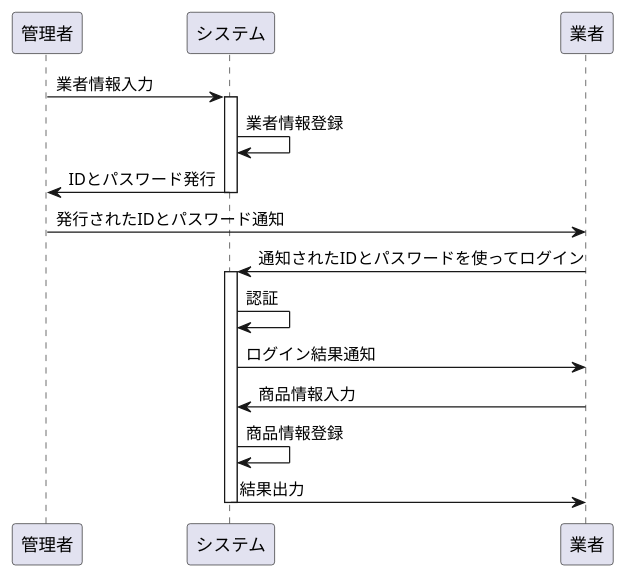
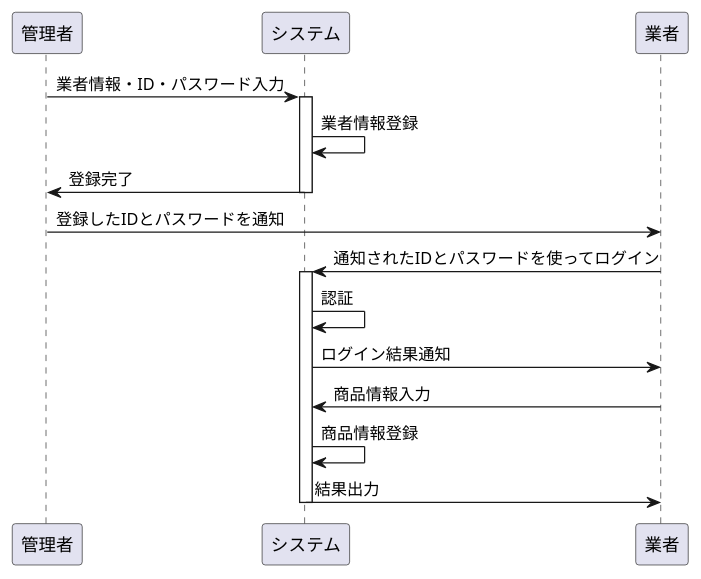
Before and after one commit to YanaPIIDXer/PurchaseOrderSystem: the diagram in docs/Diagrams/Sequences/RegisterTraders.puml, drawn with PlantUML. The commit also changed 1 other file, not shown here.

```diff
--- a/docs/Diagrams/Sequences/RegisterTraders.puml
+++ b/docs/Diagrams/Sequences/RegisterTraders.puml
@@ -1,22 +1,22 @@
 @startuml RegisterTraders
 participant "管理者" as Admin
 participant "システム" as System
 participant "業者" as Trader
 
-Admin -> System: 業者情報入力
+Admin -> System: 業者情報・ID・パスワード入力
 activate System
 System -> System: 業者情報登録
-System -> Admin: IDとパスワード発行
+System -> Admin: 登録完了
 deactivate System
-Admin -> Trader: 発行されたIDとパスワード通知
+Admin -> Trader: 登録したIDとパスワードを通知
 
 Trader -> System: 通知されたIDとパスワードを使ってログイン
 activate System
 System -> System: 認証
 System -> Trader: ログイン結果通知
 
 Trader -> System: 商品情報入力
 System -> System: 商品情報登録
 System -> Trader: 結果出力
 deactivate System
 @end
```
